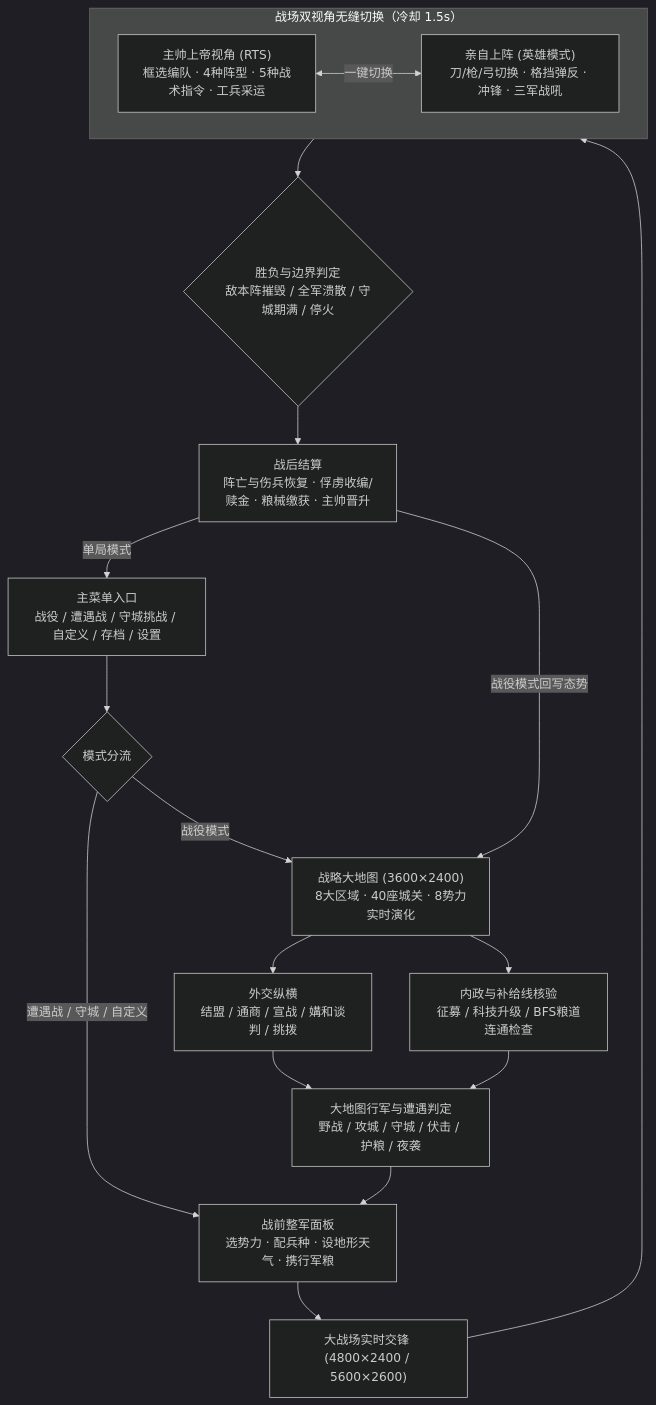
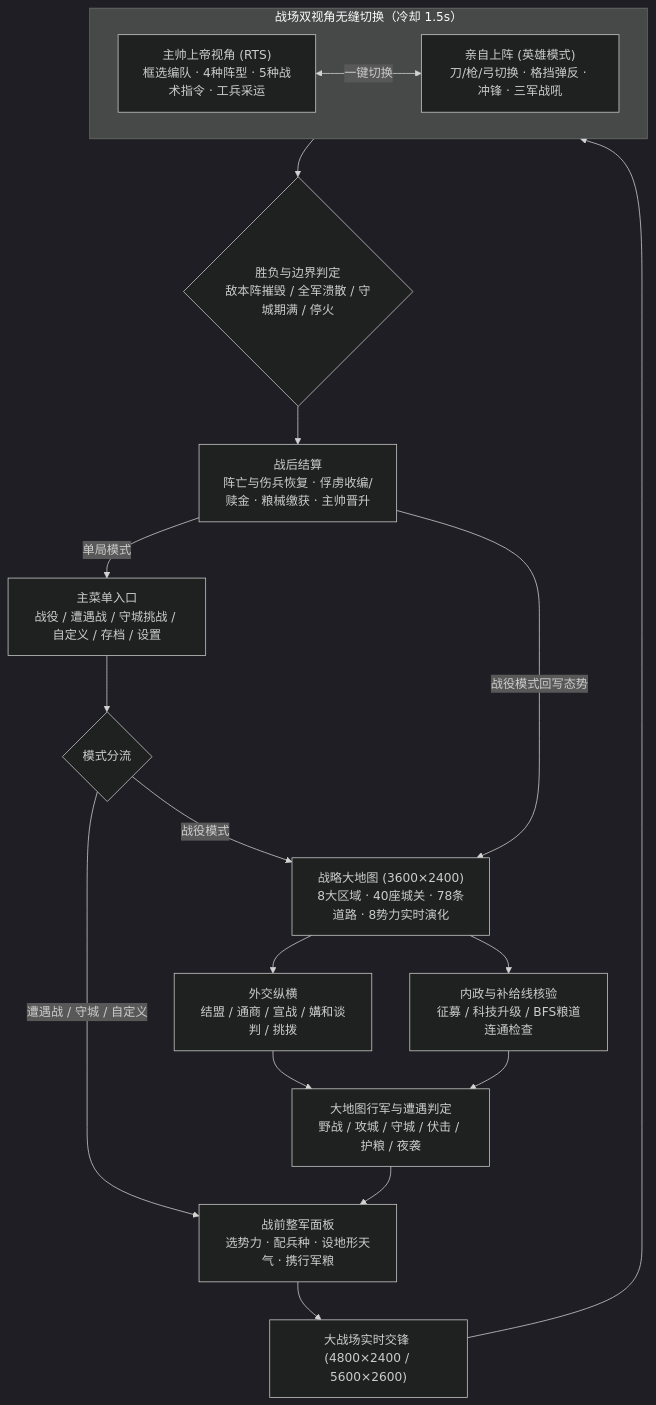
Before and after one commit to shenhuaqingshi/stickman-cold-steel-war: the diagram in DESIGN.md, drawn with Mermaid (dark theme). The commit also changed other lines of this file and 39 other files, not shown here.

````diff
--- a/DESIGN.md
+++ b/DESIGN.md
@@ -30,22 +30,22 @@
 ```mermaid
 flowchart TD
     Menu["主菜单入口\n战役 / 遭遇战 / 守城挑战 / 自定义 / 存档 / 设置"] --> ModeSelect{"模式分流"}
-    ModeSelect -->|"战役模式"| GrandMap["战略大地图 (3600×2400)\n8大区域 · 40座城关 · 8势力实时演化"]
+    ModeSelect -->|"战役模式"| GrandMap["战略大地图 (3600×2400)\n8大区域 · 40座城关 · 78条道路 · 8势力实时演化"]
     ModeSelect -->|"遭遇战 / 守城 / 自定义"| PreBattle["战前整军面板\n选势力 · 配兵种 · 设地形天气 · 携行军粮"]
 
     GrandMap --> Diplomacy["外交纵横\n结盟 / 通商 / 宣战 / 媾和谈判 / 挑拨"]
     GrandMap --> Logistics["内政与补给线核验\n征募 / 科技升级 / BFS粮道连通检查"]
     Diplomacy --> March["大地图行军与遭遇判定\n野战 / 攻城 / 守城 / 伏击 / 护粮 / 夜袭"]
     Logistics --> March
     March --> PreBattle
 
     PreBattle --> BattleLoop["大战场实时交锋 (4800×2400 / 5600×2600)"]
     subgraph BattleCore["战场双视角无缝切换（冷却 1.5s）"]
         RTS["主帅上帝视角 (RTS)\n框选编队 · 4种阵型 · 5种战术指令 · 工兵采运"] <-->|"一键切换"| Hero["亲自上阵 (英雄模式)\n刀/枪/弓切换 · 格挡弹反 · 冲锋 · 三军战吼"]
     end
     BattleLoop --> BattleCore
     BattleCore --> EndCheck{"胜负与边界判定\n敌本阵摧毁 / 全军溃散 / 守城期满 / 停火"}
     EndCheck --> Result["战后结算\n阵亡与伤兵恢复 · 俘虏收编/赎金 · 粮械缴获 · 主帅晋升"]
     Result -->|"战役模式回写态势"| GrandMap
     Result -->|"单局模式"| Menu
 ```
````
